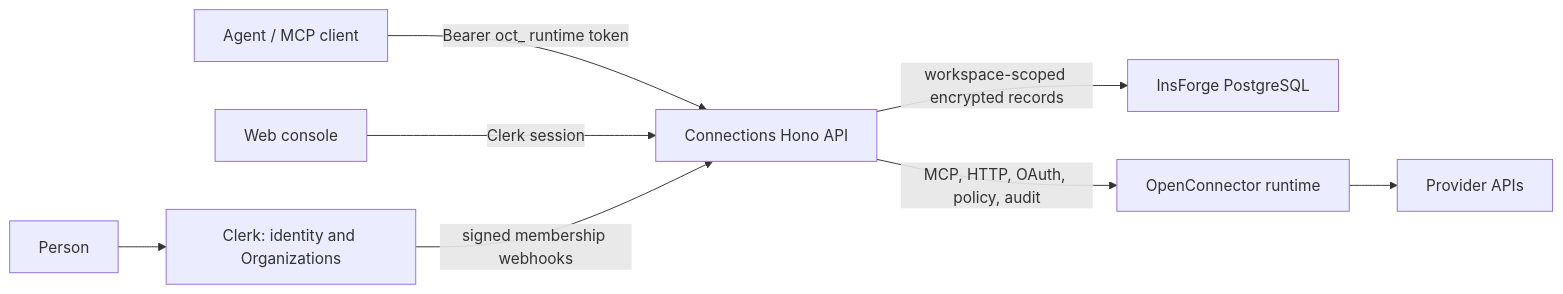
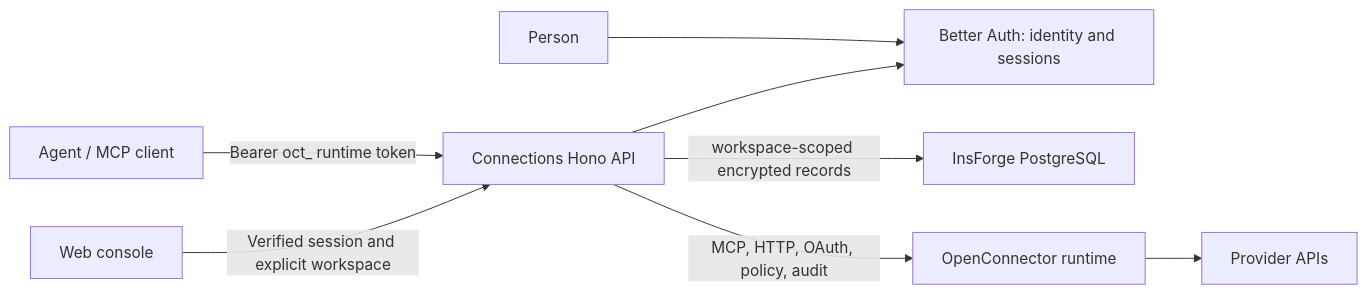
One commit to Ntrakiyski/connections changed the diagram in README.md. Above: the diagram before and after it, drawn with Mermaid. The commit also changed other lines of this file and 34 other files, not shown here.

Commit message:
Retire Clerk human auth and finalize verified company schema

````diff
--- a/README.md
+++ b/README.md
@@ -58,10 +58,10 @@
 ```mermaid
 flowchart LR
-  Person["Person"] --> Clerk["Clerk: identity and Organizations"]
+  Person["Person"] --> Auth["Better Auth: identity and sessions"]
   Agent["Agent / MCP client"] -->|"Bearer oct_ runtime token"| API["Connections Hono API"]
-  Console["Web console"] -->|"Clerk session"| API
-  Clerk -->|"signed membership webhooks"| API
+  Console["Web console"] -->|"Verified session and explicit workspace"| API
+  API --> Auth
   API -->|"workspace-scoped encrypted records"| DB["InsForge PostgreSQL"]
   API -->|"MCP, HTTP, OAuth, policy, audit"| Runtime["OpenConnector runtime"]
   Runtime --> Providers["Provider APIs"]
 ```
````
